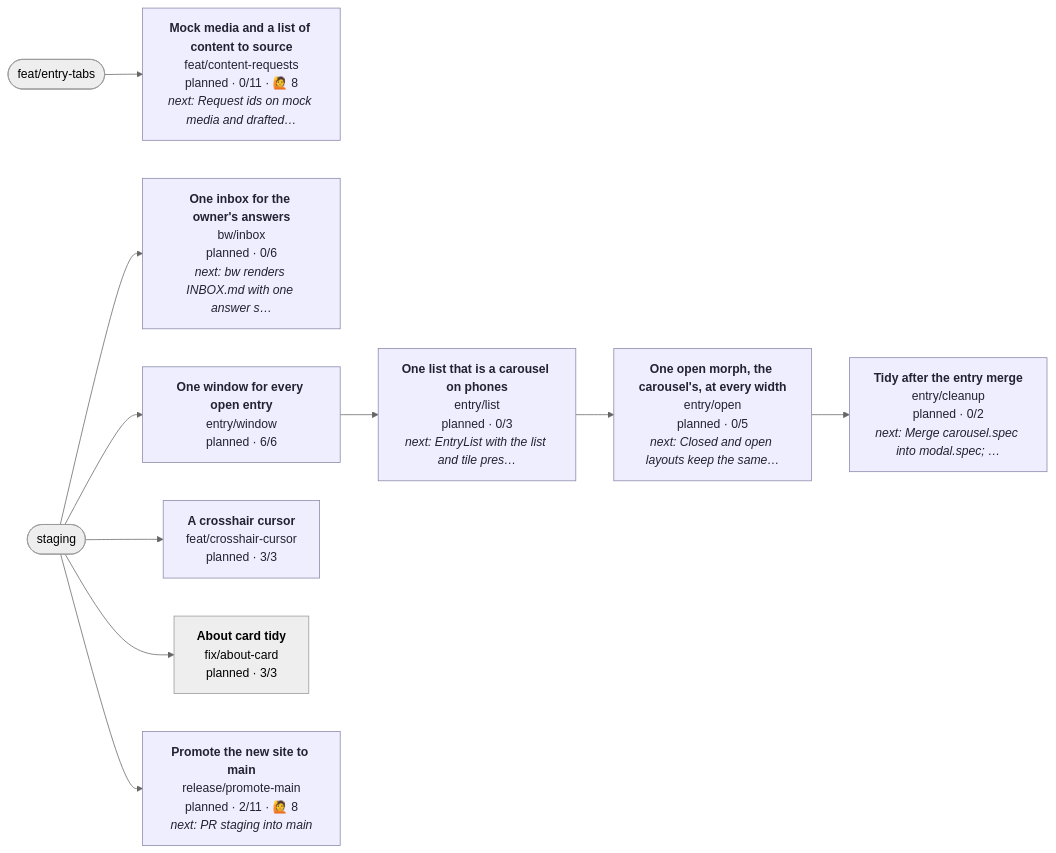
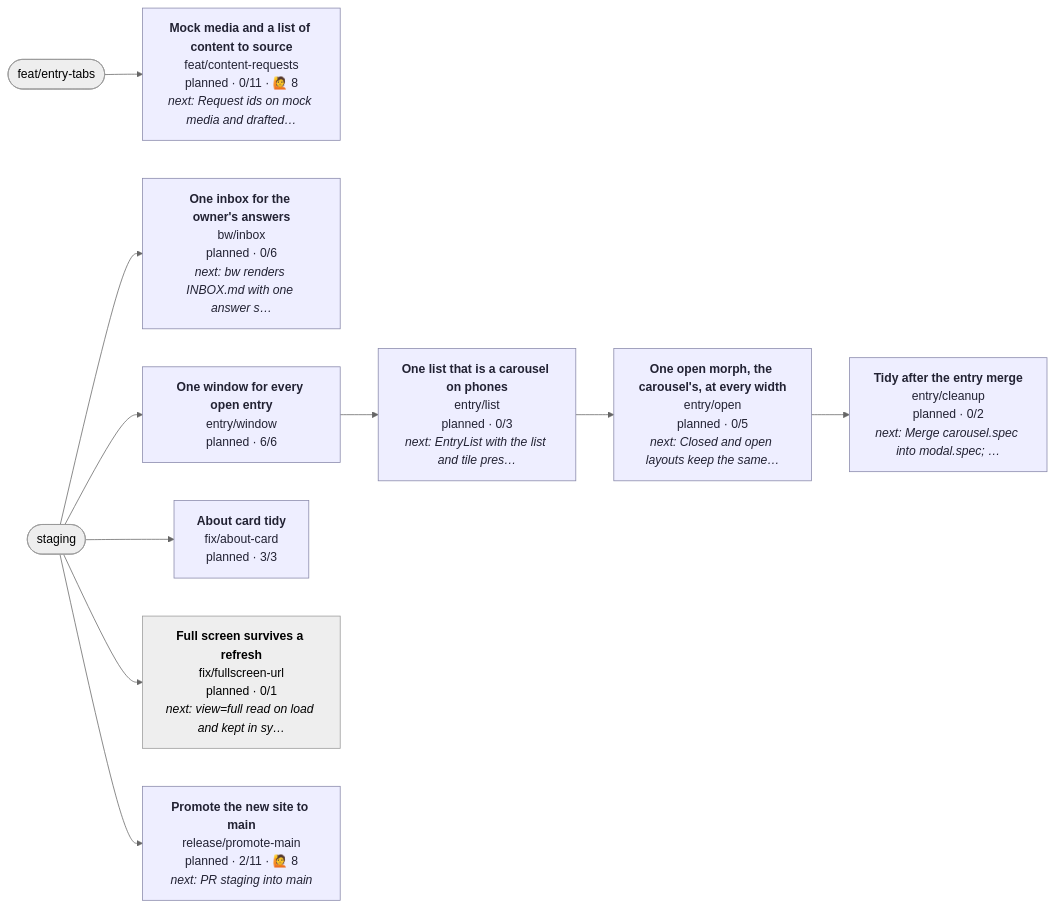
Before and after one commit to henryjonescodes/portfolio: the diagram in CONTRIBUTING.md, drawn with Mermaid (neutral theme). The commit also changed other lines of this file, not shown here.

````diff
--- a/CONTRIBUTING.md
+++ b/CONTRIBUTING.md
@@ -17,37 +17,37 @@
 ```mermaid
 flowchart LR
   n_staging([staging])
   n_feat_entry_tabs([feat/entry-tabs])
   n_bw_inbox["<b>One inbox for the owner's answers</b><br/>bw/inbox<br/>planned · 0/6<br/><i>next: bw renders INBOX.md with one answer s…</i>"]
   class n_bw_inbox planned
   n_staging --> n_bw_inbox
   n_entry_cleanup["<b>Tidy after the entry merge</b><br/>entry/cleanup<br/>planned · 0/2<br/><i>next: Merge carousel.spec into modal.spec; …</i>"]
   class n_entry_cleanup planned
   n_entry_open --> n_entry_cleanup
   n_entry_list["<b>One list that is a carousel on phones</b><br/>entry/list<br/>planned · 0/3<br/><i>next: EntryList with the list and tile pres…</i>"]
   class n_entry_list planned
   n_entry_window --> n_entry_list
   n_entry_open["<b>One open morph, the carousel's, at every width</b><br/>entry/open<br/>planned · 0/5<br/><i>next: Closed and open layouts keep the same…</i>"]
   class n_entry_open planned
   n_entry_list --> n_entry_open
   n_entry_window["<b>One window for every open entry</b><br/>entry/window<br/>planned · 6/6"]
   class n_entry_window planned
   n_staging --> n_entry_window
   n_feat_content_requests["<b>Mock media and a list of content to source</b><br/>feat/content-requests<br/>planned · 0/11 · 🙋 8<br/><i>next: Request ids on mock media and drafted…</i>"]
   class n_feat_content_requests planned
   n_feat_entry_tabs --> n_feat_content_requests
-  n_feat_crosshair_cursor["<b>A crosshair cursor</b><br/>feat/crosshair-cursor<br/>planned · 3/3"]
-  class n_feat_crosshair_cursor planned
-  n_staging --> n_feat_crosshair_cursor
   n_fix_about_card["<b>About card tidy</b><br/>fix/about-card<br/>planned · 3/3"]
-  class n_fix_about_card planned,current
+  class n_fix_about_card planned
   n_staging --> n_fix_about_card
+  n_fix_fullscreen_url["<b>Full screen survives a refresh</b><br/>fix/fullscreen-url<br/>planned · 0/1<br/><i>next: view=full read on load and kept in sy…</i>"]
+  class n_fix_fullscreen_url planned,current
+  n_staging --> n_fix_fullscreen_url
   n_release_promote_main["<b>Promote the new site to main</b><br/>release/promote-main<br/>planned · 2/11 · 🙋 8<br/><i>next: PR staging into main</i>"]
   class n_release_promote_main planned
   n_staging --> n_release_promote_main
   classDef planned fill:#eef,stroke:#88a,color:#223
   classDef active fill:#dfd,stroke:#3a3,stroke-width:3px,color:#132
   classDef blocked fill:#fdd,stroke:#c33,color:#311
   classDef review fill:#ffd,stroke:#cc3,color:#331
   classDef current stroke:#06c,stroke-width:4px
 ```
````
